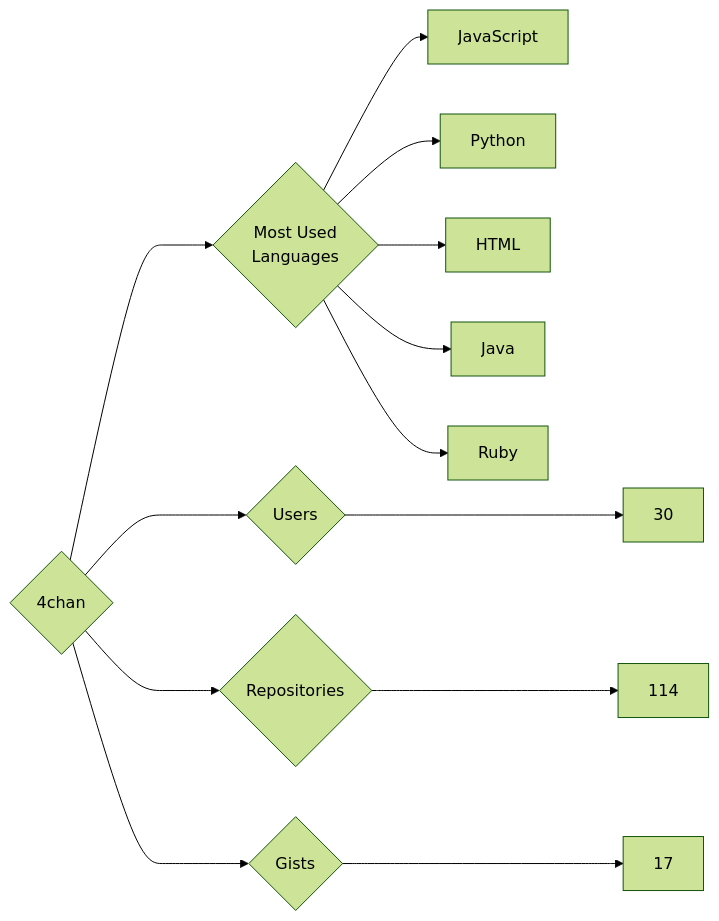
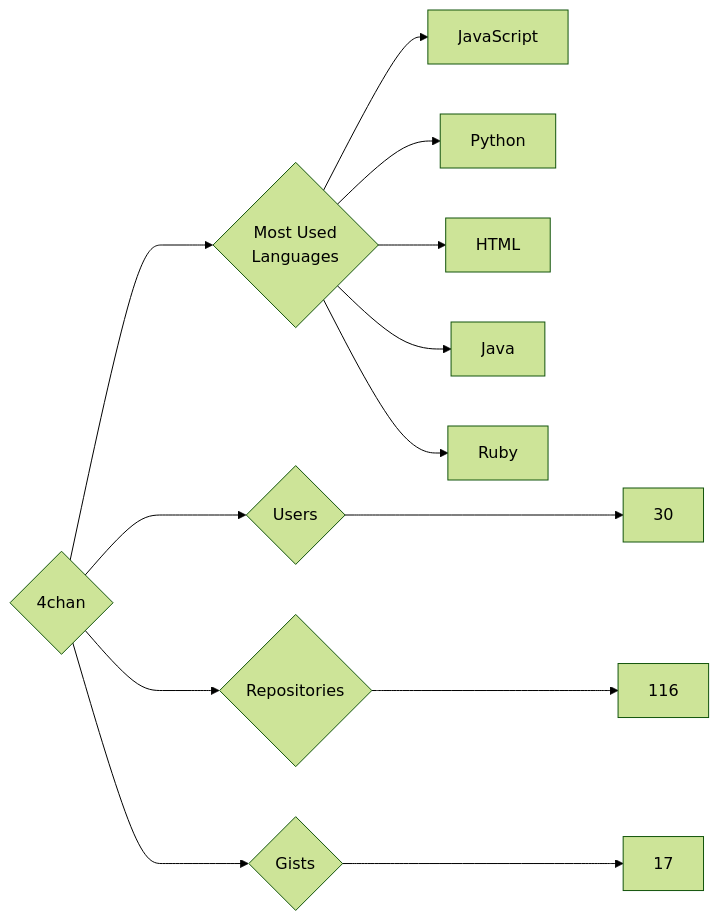
Before and after one commit to trickest/insiders: the diagram in targets/4chan/README.md, drawn with Mermaid (forest theme). The commit also changed 823 other files, not shown here.

````diff
--- a/targets/4chan/README.md
+++ b/targets/4chan/README.md
@@ -3,13 +3,13 @@
 ```mermaid
 graph LR
 COMPANY_NAME{4chan}
 COMPANY_NAME ---> U{Users} ---> UN[30]
-COMPANY_NAME ---> R{Repositories} ---> RN[114]
+COMPANY_NAME ---> R{Repositories} ---> RN[116]
 COMPANY_NAME ---> G{Gists} ---> GN[17]
 COMPANY_NAME ---> ML{Most Used<br>Languages}
 ML --> JavaScript[JavaScript]
 ML --> Python[Python]
 ML --> HTML[HTML]
 ML --> Java[Java]
 ML --> Ruby[Ruby]
 ```
````
